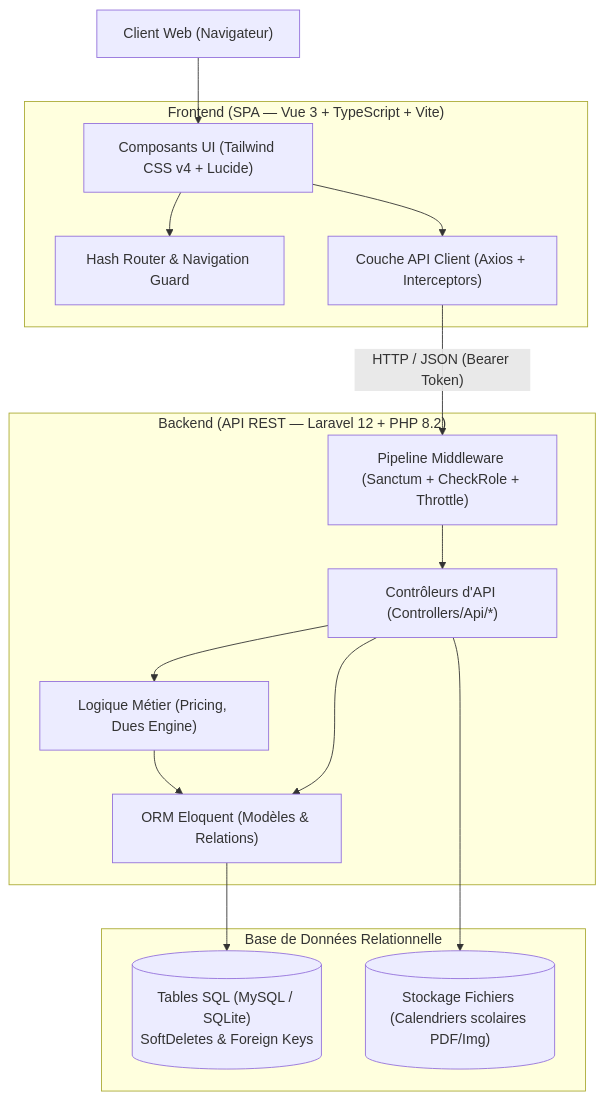
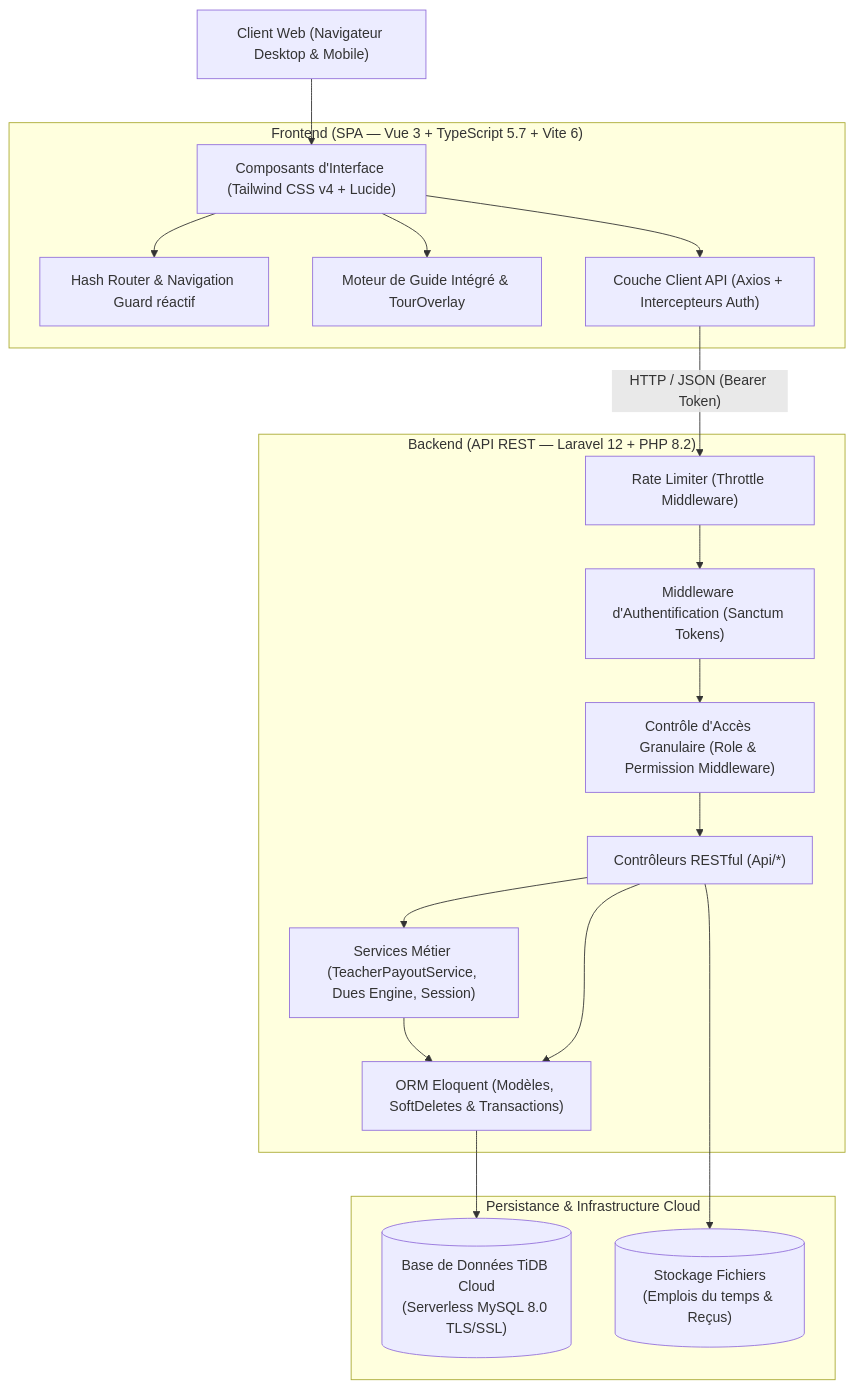
One commit to azizbeji-wq/study-center-app changed the first of 6 diagrams in ARCHITECTURE.md. Above: the diagram before and after it, drawn with Mermaid. The commit also changed other lines of this file and 6 other files, not shown here.

Commit message:
docs: full senior audit with comprehensive UML diagrams, API spec, and unslop passes

````diff
--- a/ARCHITECTURE.md
+++ b/ARCHITECTURE.md
@@ -14,33 +15,39 @@
 ```mermaid
 graph TD
-    Client["Client Web (Navigateur)"]
+    Client["Client Web (Navigateur Desktop & Mobile)"]
     
-    subgraph Frontend ["Frontend (SPA — Vue 3 + TypeScript + Vite)"]
-        UI["Composants UI (Tailwind CSS v4 + Lucide)"]
-        Router["Hash Router & Navigation Guard"]
-        ApiLayer["Couche API Client (Axios + Interceptors)"]
+    subgraph Frontend ["Frontend (SPA — Vue 3 + TypeScript 5.7 + Vite 6)"]
+        UI["Composants d'Interface (Tailwind CSS v4 + Lucide)"]
+        Router["Hash Router & Navigation Guard réactif"]
+        GuideEngine["Moteur de Guide Intégré & TourOverlay"]
+        ApiLayer["Couche Client API (Axios + Intercepteurs Auth)"]
     end
     
     subgraph Backend ["Backend (API REST — Laravel 12 + PHP 8.2)"]
-        Middleware["Pipeline Middleware (Sanctum + CheckRole + Throttle)"]
-        Controllers["Contrôleurs d'API (Controllers/Api/*)"]
-        DomainLogic["Logique Métier (Pricing, Dues Engine)"]
-        Eloquent["ORM Eloquent (Modèles & Relations)"]
+        Throttle["Rate Limiter (Throttle Middleware)"]
+        Sanctum["Middleware d'Authentification (Sanctum Tokens)"]
+        RBAC["Contrôle d'Accès Granulaire (Role & Permission Middleware)"]
+        Controllers["Contrôleurs RESTful (Api/*)"]
+        Services["Services Métier (TeacherPayoutService, Dues Engine, Session)"]
+        Eloquent["ORM Eloquent (Modèles, SoftDeletes & Transactions)"]
     end
     
-    subgraph Database ["Base de Données Relationnelle"]
-        Tables[("Tables SQL (MySQL / SQLite)\nSoftDeletes & Foreign Keys")]
-        Files[("Stockage Fichiers (Calendriers scolaires PDF/Img)")]
+    subgraph Storage ["Persistance & Infrastructure Cloud"]
+        TiDB[("Base de Données TiDB Cloud\n(Serverless MySQL 8.0 TLS/SSL)")]
+        Files[("Stockage Fichiers\n(Emplois du temps & Reçus)")]
     end
 
     Client --> UI
     UI --> Router
+    UI --> GuideEngine
     UI --> ApiLayer
-    ApiLayer -- "HTTP / JSON (Bearer Token)" --> Middleware
-    Middleware --> Controllers
-    Controllers --> DomainLogic
-    DomainLogic --> Eloquent
+    ApiLayer -- "HTTP / JSON (Bearer Token)" --> Throttle
+    Throttle --> Sanctum
+    Sanctum --> RBAC
+    RBAC --> Controllers
+    Controllers --> Services
+    Services --> Eloquent
     Controllers --> Eloquent
-    Eloquent --> Tables
+    Eloquent --> TiDB
     Controllers --> Files
 ```
````
